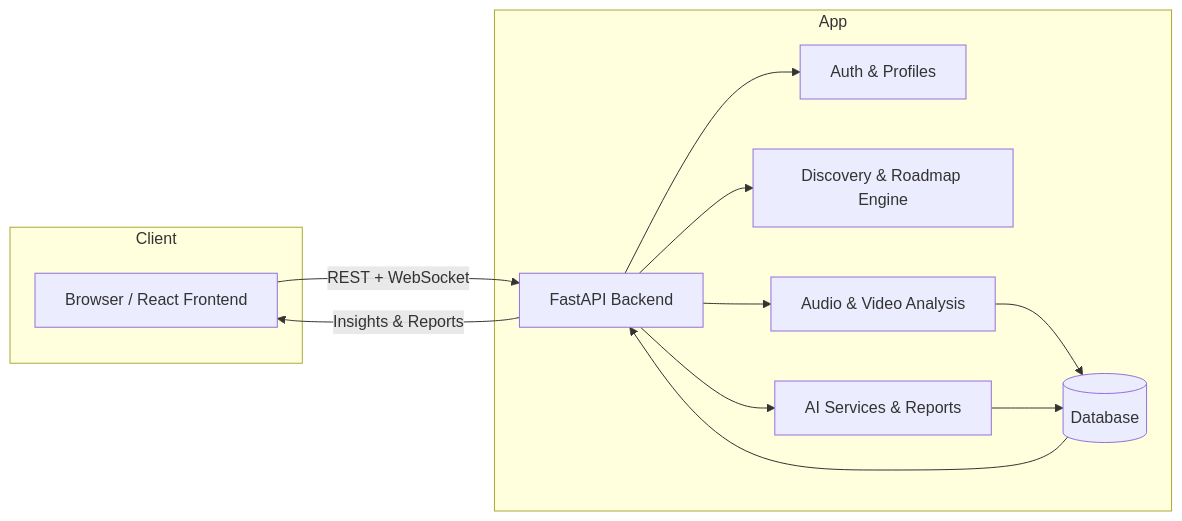
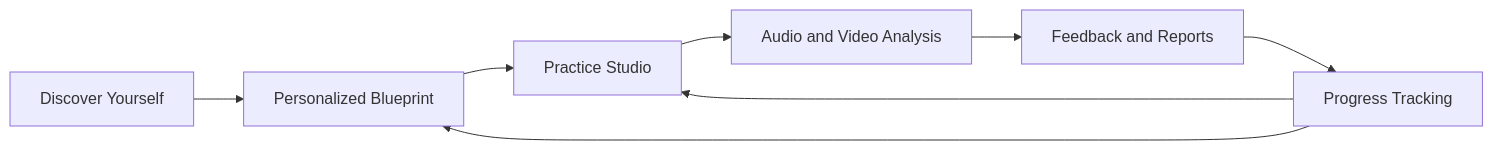
One commit to logiclayer0/PERSONA_PRIME changed the first of 3 diagrams in README.md. Above: the diagram before and after it, drawn with Mermaid. The commit also changed other lines of this file, not shown here.

````diff
--- a/README.md
+++ b/README.md
@@ -61,25 +149,10 @@
 ```mermaid
 flowchart LR
-  subgraph Client
-    A[Browser / React Frontend]
-  end
-
-  subgraph App
-    B[FastAPI Backend]
-    C[Auth & Profiles]
-    D[Discovery & Roadmap Engine]
-    E[Audio & Video Analysis]
-    F[AI Services & Reports]
-    G[(Database)]
-  end
-
-  A -->|REST + WebSocket| B
-  B --> C
-  B --> D
-  B --> E
-  B --> F
-  E --> G
-  F --> G
-  G --> B
-  B -->|Insights & Reports| A
+    A[Discover Yourself] --> B[Personalized Blueprint]
+    B --> C[Practice Studio]
+    C --> D[Audio and Video Analysis]
+    D --> E[Feedback and Reports]
+    E --> F[Progress Tracking]
+    F --> C
+    F --> B
 ```
````
